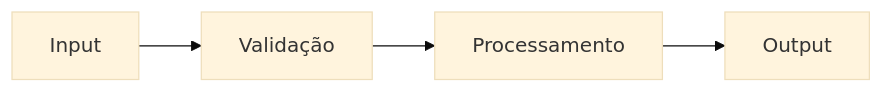
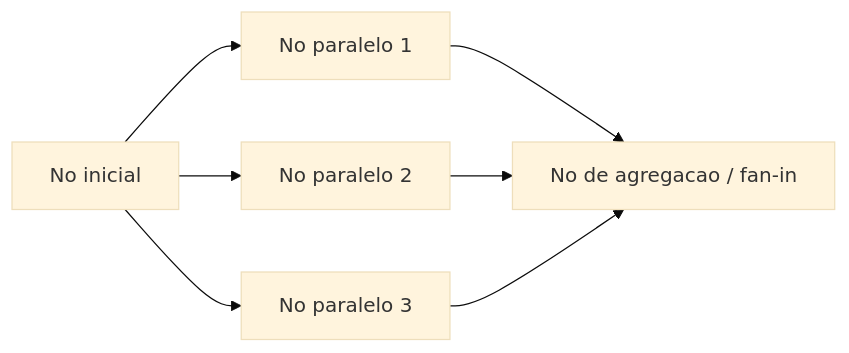
One commit to GuilhermeBrancalhao/MOTOR-INTELIGENTE-DE-REVISAO-DE-CODIGO changed the second of 2 diagrams in acervo/09-ORCHESTRATOR/05-Diagramas.md. Above: the diagram before and after it, drawn with Mermaid (base theme). The commit also changed other lines of this file and 132 other files, not shown here.

````diff
--- a/acervo/09-ORCHESTRATOR/05-Diagramas.md
+++ b/acervo/09-ORCHESTRATOR/05-Diagramas.md
@@ -3,8 +51,9 @@
 ```mermaid
-graph LR
-    Input[Input]
-    Validate[Validação]
-    Process[Processamento]
-    Output[Output]
-    Input --> Validate --> Process --> Output
+flowchart LR
+    A[No inicial] --> B1[No paralelo 1]
+    A --> B2[No paralelo 2]
+    A --> B3[No paralelo 3]
+    B1 --> C[No de agregacao / fan-in]
+    B2 --> C
+    B3 --> C
 ```
````
